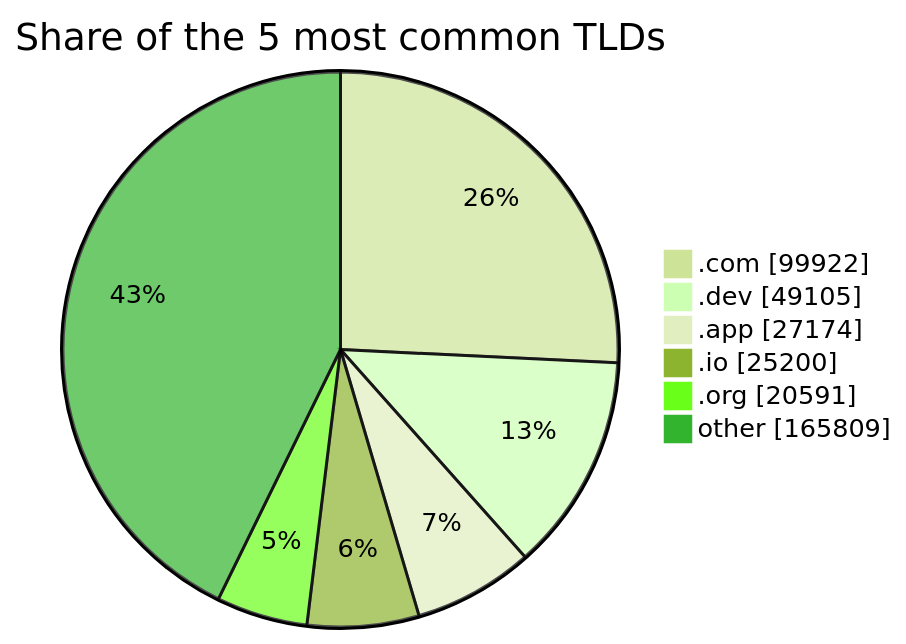
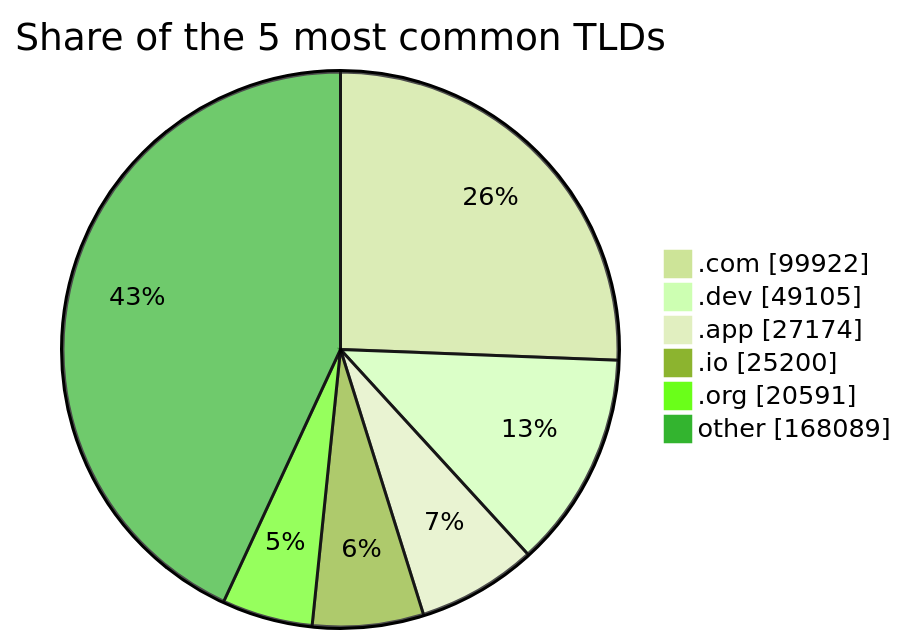
Before and after one commit to DNSBunker/CTI: the third of 3 diagrams in README.md, drawn with Mermaid (forest theme). The commit also changed other lines of this file and 3 other files, not shown here.

````diff
--- a/README.md
+++ b/README.md
@@ -81,9 +81,9 @@
 ```mermaid
 pie showData title Share of the 5 most common TLDs
     ".com" : 99922
     ".dev" : 49105
     ".app" : 27174
     ".io" : 25200
     ".org" : 20591
-    "other" : 165809
+    "other" : 168089
 ```
````
